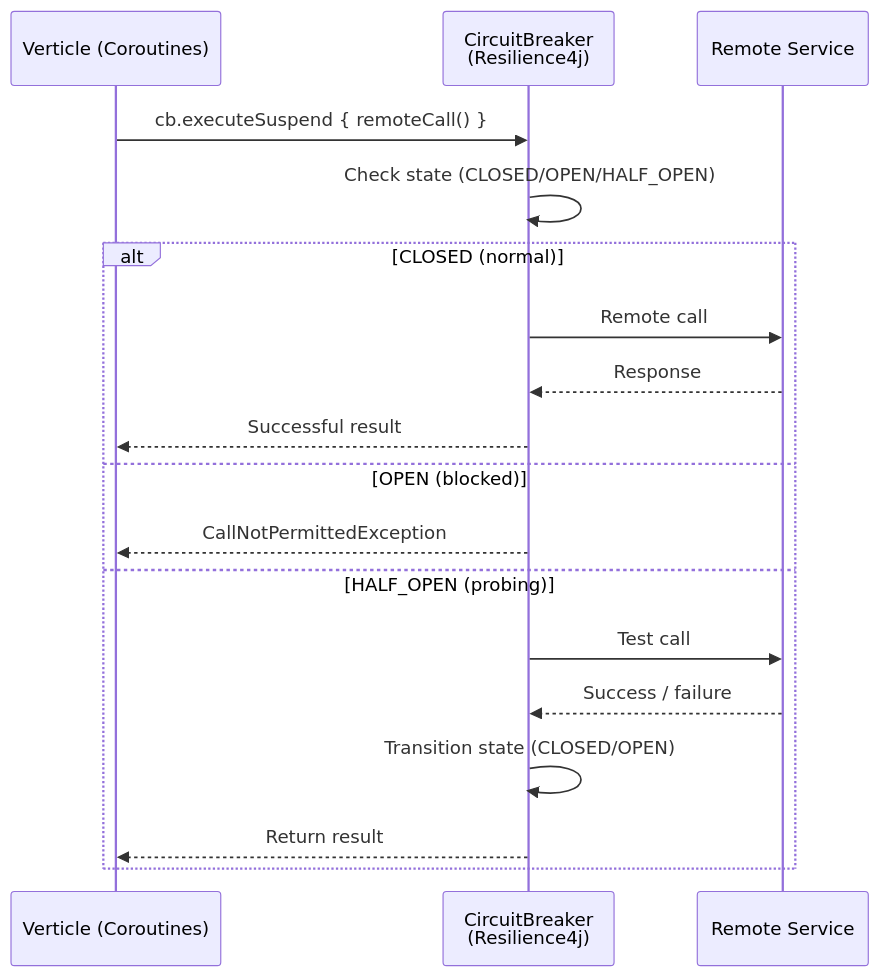
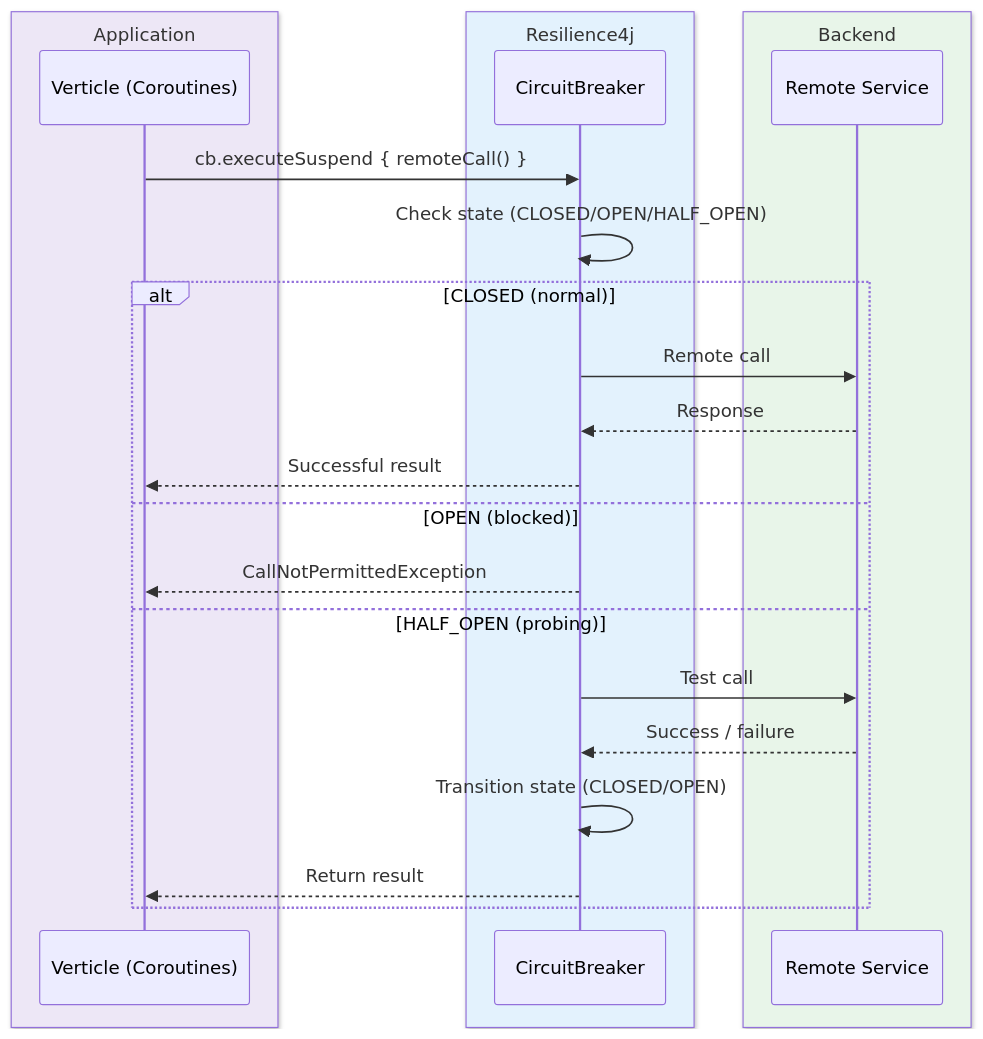
One commit to bluetape4k/bluetape4k-projects changed the third of 4 diagrams in io/vertx/README.md. Above: the diagram before and after it, drawn with Mermaid. The commit also changed other lines of this file and 221 other files, not shown here.

First line of the commit message:
docs: 전체 모듈 README UML 다이어그램 보강 및 색상 업그레이드

````diff
--- a/io/vertx/README.md
+++ b/io/vertx/README.md
@@ -129,22 +149,28 @@
 ```mermaid
 sequenceDiagram
-    participant App as Verticle (Coroutines)
-    participant CB as CircuitBreaker<br/>(Resilience4j)
-    participant SVC as Remote Service
+    box rgb(237, 231, 246) Application
+        participant App as Verticle (Coroutines)
+    end
+    box rgb(227, 242, 253) Resilience4j
+        participant CB as CircuitBreaker
+    end
+    box rgb(232, 245, 233) Backend
+        participant SVC as Remote Service
+    end
 
     App->>CB: cb.executeSuspend { remoteCall() }
     CB->>CB: Check state (CLOSED/OPEN/HALF_OPEN)
 
     alt CLOSED (normal)
         CB->>SVC: Remote call
         SVC-->>CB: Response
         CB-->>App: Successful result
     else OPEN (blocked)
         CB-->>App: CallNotPermittedException
     else HALF_OPEN (probing)
         CB->>SVC: Test call
         SVC-->>CB: Success / failure
         CB->>CB: Transition state (CLOSED/OPEN)
         CB-->>App: Return result
     end
 ```
````
